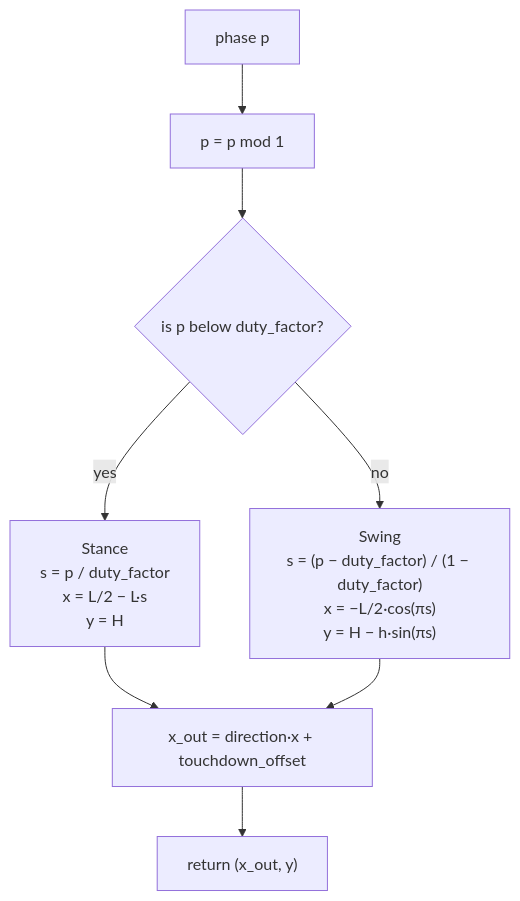
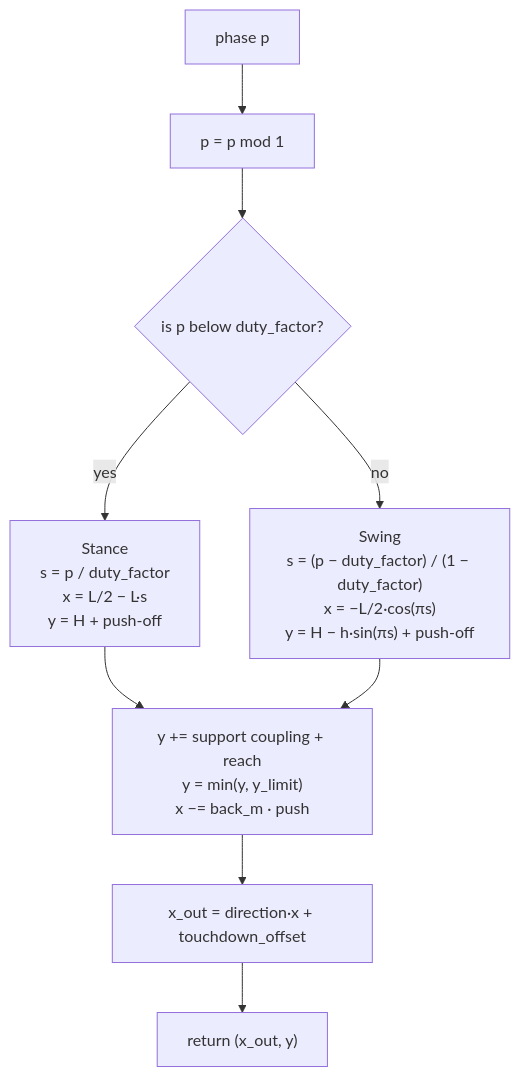
The third of 3 diagrams in docs/gait.md (Martin-Jin/humanoid-walk), drawn with Mermaid before and after one commit. The commit also changed other lines of this file and 10 other files, not shown here.

````diff
--- a/docs/gait.md
+++ b/docs/gait.md
@@ -75,10 +174,11 @@
 ```mermaid
 flowchart TD
     S["phase p"] --> W["p = p mod 1"]
     W --> Q{"is p below duty_factor?"}
-    Q -- yes --> ST["Stance<br/>s = p / duty_factor<br/>x = L/2 − L·s<br/>y = H"]
-    Q -- no --> SW["Swing<br/>s = (p − duty_factor) / (1 − duty_factor)<br/>x = −L/2·cos(πs)<br/>y = H − h·sin(πs)"]
-    ST --> O["x_out = direction·x + touchdown_offset"]
-    SW --> O
+    Q -- yes --> ST["Stance<br/>s = p / duty_factor<br/>x = L/2 − L·s<br/>y = H + push-off"]
+    Q -- no --> SW["Swing<br/>s = (p − duty_factor) / (1 − duty_factor)<br/>x = −L/2·cos(πs)<br/>y = H − h·sin(πs) + push-off"]
+    ST --> Y["y += support coupling + reach<br/>y = min(y, y_limit)<br/>x −= back_m · push"]
+    SW --> Y
+    Y --> O["x_out = direction·x + touchdown_offset"]
     O --> R["return (x_out, y)"]
 ```
````
